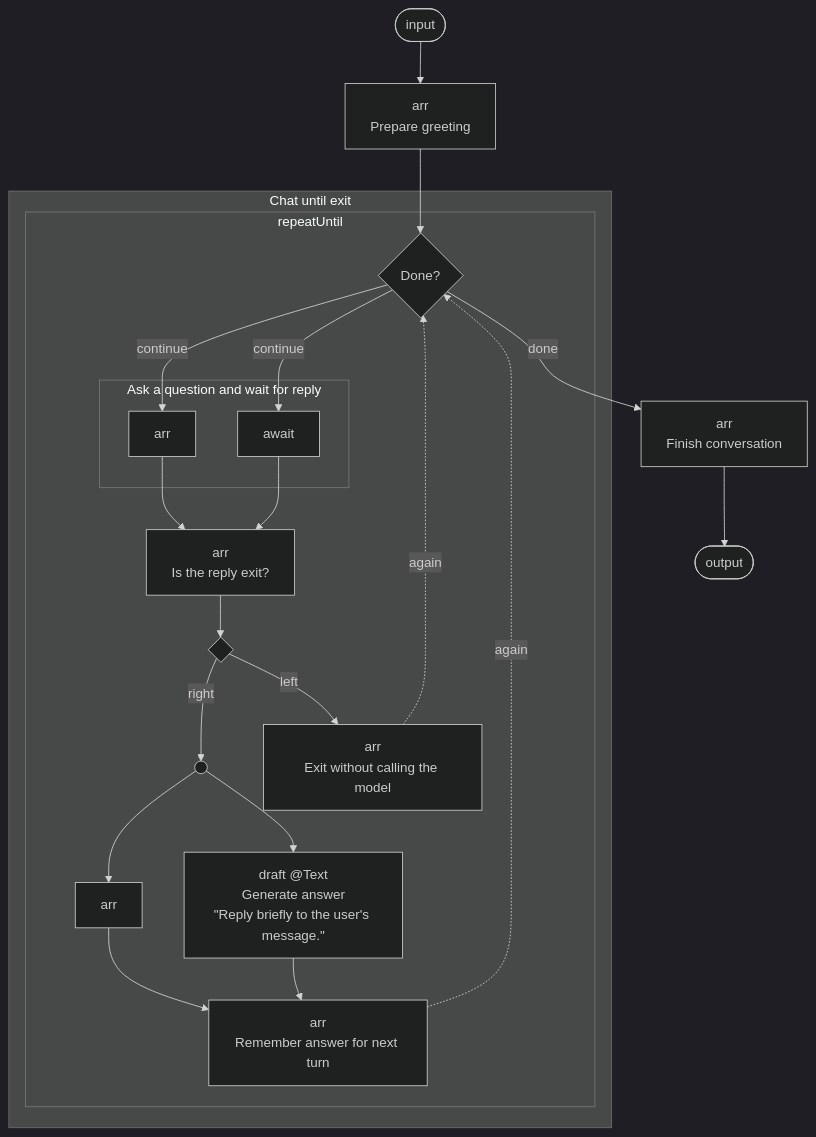
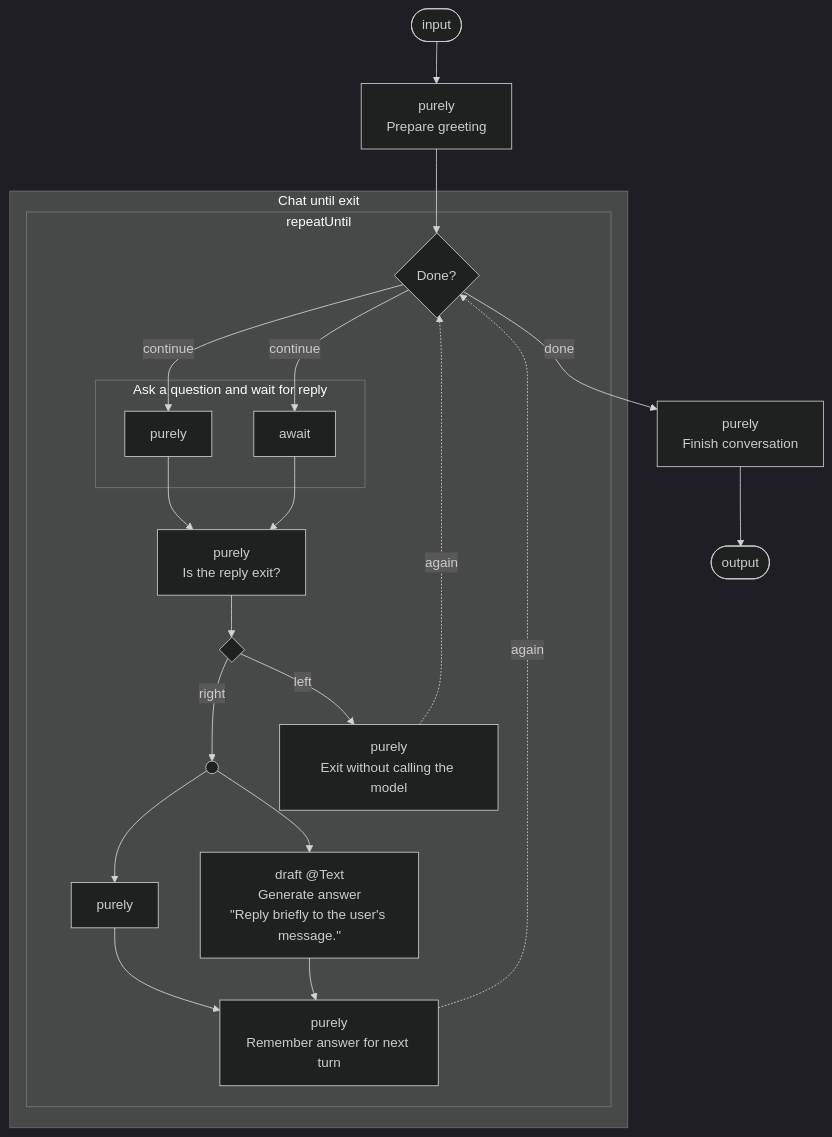
One commit to drshade/haskell-agentic changed the diagram in examples/diagrams/conversation.mmd. Above: the diagram before and after it, drawn with Mermaid (dark theme). The commit also changed 49 other files, not shown here.

Commit message:
Generalise repeat predicates to flows and document the calculus

```diff
--- a/examples/diagrams/conversation.mmd
+++ b/examples/diagrams/conversation.mmd
@@ -1,38 +1,38 @@
 flowchart TD
   input(["input"])
-  n_flow_seq_0_note_0["arr<br/>Prepare greeting"]
+  n_flow_seq_0_note_0["purely<br/>Prepare greeting"]
   subgraph n_flow_seq_1_seq_0_0["Chat until exit"]
     subgraph n_flow_seq_1_seq_0_note_0["repeatUntil"]
       n_flow_seq_1_seq_0_note_1{"Done?"}
       subgraph n_flow_seq_1_seq_0_note_repeat_seq_0_0["Ask a question and wait for reply"]
-        n_flow_seq_1_seq_0_note_repeat_seq_0_note_fan_0_0["arr"]
+        n_flow_seq_1_seq_0_note_repeat_seq_0_note_fan_0_0["purely"]
         n_flow_seq_1_seq_0_note_repeat_seq_0_note_fan_1_seq_1_0["await"]
       end
-      n_flow_seq_1_seq_0_note_repeat_seq_1_seq_0_note_0["arr<br/>Is the reply exit?"]
+      n_flow_seq_1_seq_0_note_repeat_seq_1_seq_0_note_0["purely<br/>Is the reply exit?"]
       n_flow_seq_1_seq_0_note_repeat_seq_1_seq_1_0{" "}
       entry_flow_seq_1_seq_0_note_repeat_seq_1_seq_1_select_1((" "))
-      n_flow_seq_1_seq_0_note_repeat_seq_1_seq_1_choose_0_note_0["arr<br/>Exit without calling the model"]
-      n_flow_seq_1_seq_0_note_repeat_seq_1_seq_1_choose_1_seq_0_fan_0_0["arr"]
+      n_flow_seq_1_seq_0_note_repeat_seq_1_seq_1_choose_0_note_0["purely<br/>Exit without calling the model"]
+      n_flow_seq_1_seq_0_note_repeat_seq_1_seq_1_choose_1_seq_0_fan_0_0["purely"]
       n_flow_seq_1_seq_0_note_repeat_seq_1_seq_1_choose_1_seq_0_fan_1_seq_1_note_0["draft @Text<br/>Generate answer<br/>#quot;Reply briefly to the user's message.#quot;"]
-      n_flow_seq_1_seq_0_note_repeat_seq_1_seq_1_choose_1_seq_1_note_0["arr<br/>Remember answer for next turn"]
+      n_flow_seq_1_seq_0_note_repeat_seq_1_seq_1_choose_1_seq_1_note_0["purely<br/>Remember answer for next turn"]
     end
   end
-  n_flow_seq_1_seq_1_note_0["arr<br/>Finish conversation"]
+  n_flow_seq_1_seq_1_note_0["purely<br/>Finish conversation"]
   output(["output"])
   input --> n_flow_seq_0_note_0
   n_flow_seq_0_note_0 --> n_flow_seq_1_seq_0_note_1
   n_flow_seq_1_seq_0_note_1 -->|continue| n_flow_seq_1_seq_0_note_repeat_seq_0_note_fan_0_0
   n_flow_seq_1_seq_0_note_1 -->|continue| n_flow_seq_1_seq_0_note_repeat_seq_0_note_fan_1_seq_1_0
   n_flow_seq_1_seq_0_note_repeat_seq_0_note_fan_0_0 --> n_flow_seq_1_seq_0_note_repeat_seq_1_seq_0_note_0
   n_flow_seq_1_seq_0_note_repeat_seq_0_note_fan_1_seq_1_0 --> n_flow_seq_1_seq_0_note_repeat_seq_1_seq_0_note_0
   n_flow_seq_1_seq_0_note_repeat_seq_1_seq_0_note_0 --> n_flow_seq_1_seq_0_note_repeat_seq_1_seq_1_0
   n_flow_seq_1_seq_0_note_repeat_seq_1_seq_1_0 -->|left| n_flow_seq_1_seq_0_note_repeat_seq_1_seq_1_choose_0_note_0
   n_flow_seq_1_seq_0_note_repeat_seq_1_seq_1_0 -->|right| entry_flow_seq_1_seq_0_note_repeat_seq_1_seq_1_select_1
   entry_flow_seq_1_seq_0_note_repeat_seq_1_seq_1_select_1 --> n_flow_seq_1_seq_0_note_repeat_seq_1_seq_1_choose_1_seq_0_fan_0_0
   entry_flow_seq_1_seq_0_note_repeat_seq_1_seq_1_select_1 --> n_flow_seq_1_seq_0_note_repeat_seq_1_seq_1_choose_1_seq_0_fan_1_seq_1_note_0
   n_flow_seq_1_seq_0_note_repeat_seq_1_seq_1_choose_1_seq_0_fan_0_0 --> n_flow_seq_1_seq_0_note_repeat_seq_1_seq_1_choose_1_seq_1_note_0
   n_flow_seq_1_seq_0_note_repeat_seq_1_seq_1_choose_1_seq_0_fan_1_seq_1_note_0 --> n_flow_seq_1_seq_0_note_repeat_seq_1_seq_1_choose_1_seq_1_note_0
   n_flow_seq_1_seq_0_note_repeat_seq_1_seq_1_choose_0_note_0 -.->|again| n_flow_seq_1_seq_0_note_1
   n_flow_seq_1_seq_0_note_repeat_seq_1_seq_1_choose_1_seq_1_note_0 -.->|again| n_flow_seq_1_seq_0_note_1
   n_flow_seq_1_seq_0_note_1 -->|done| n_flow_seq_1_seq_1_note_0
   n_flow_seq_1_seq_1_note_0 --> output
```
